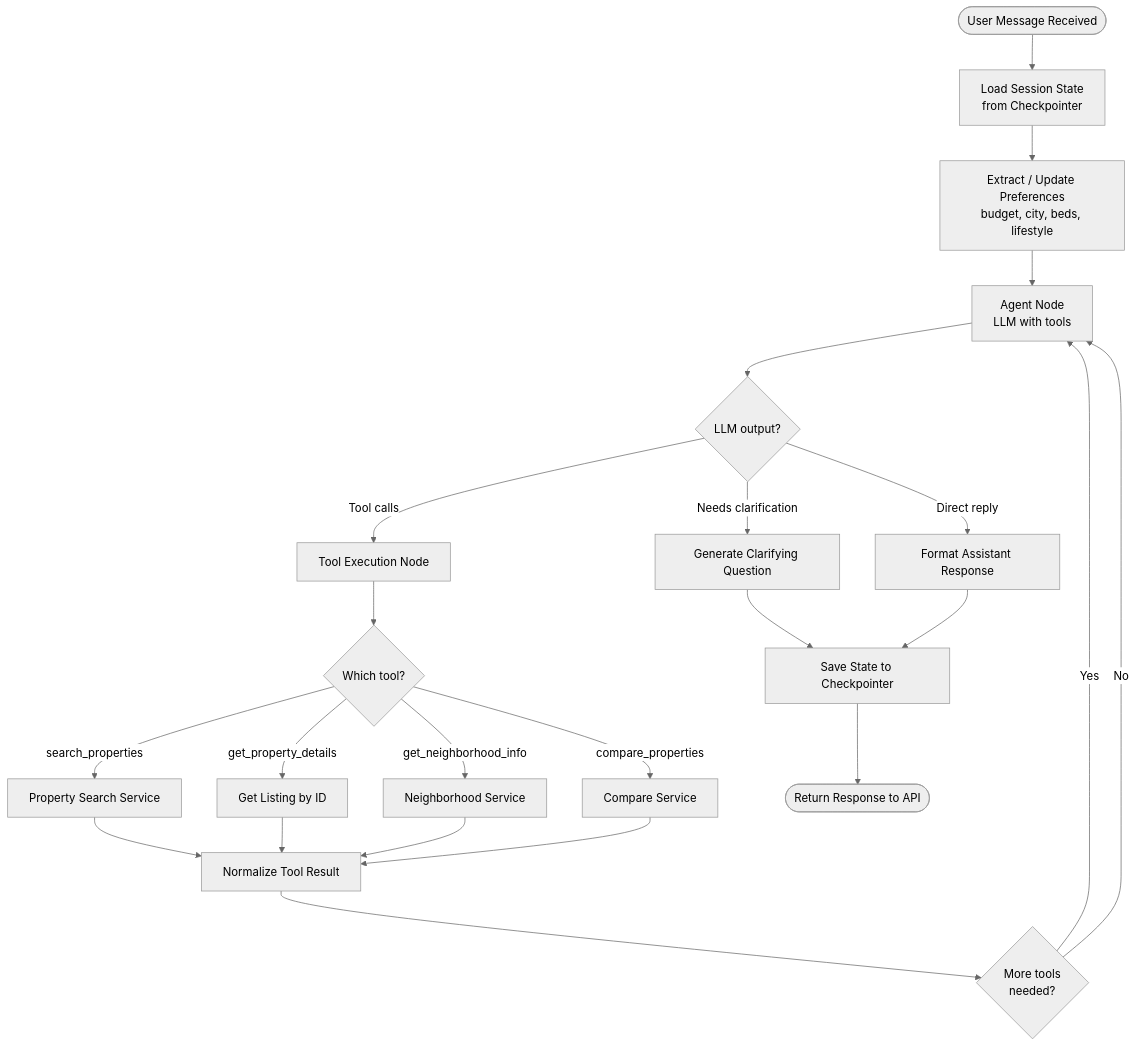
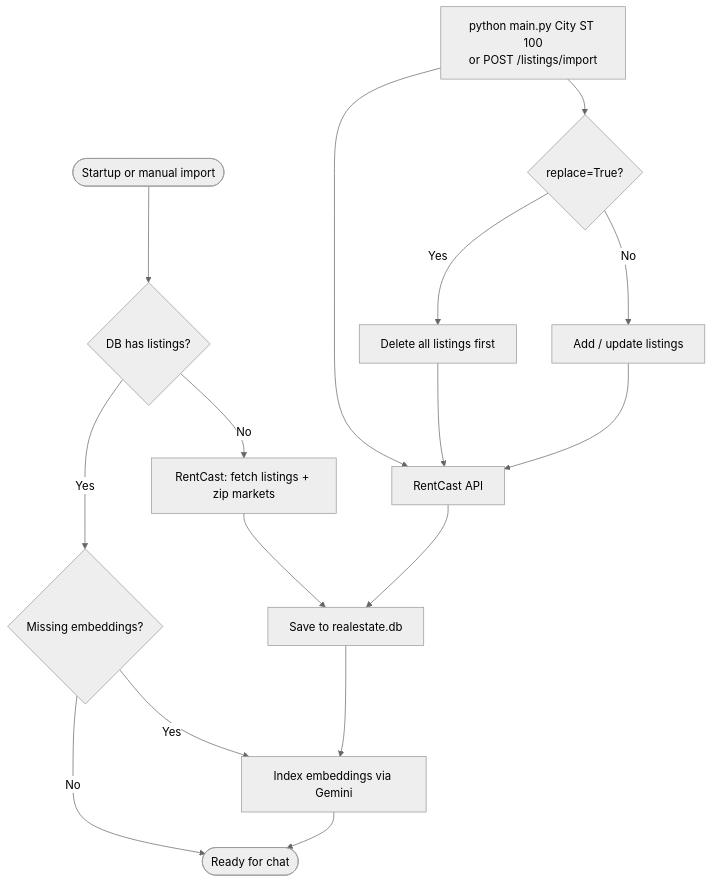
The fourth of 8 diagrams in PROCESS_DIAGRAMS.md (RushiIITKGP/realestate_agent), drawn with Mermaid (neutral theme) before and after one commit. The commit also changed other lines of this file, not shown here.

Commit message:
Update PROCESS_DIAGRAMS.md for current flat architecture

````diff
--- a/PROCESS_DIAGRAMS.md
+++ b/PROCESS_DIAGRAMS.md
@@ -137,35 +136,21 @@
 ```mermaid
 flowchart TD
-    Start([User Message Received]) --> LoadState[Load Session State<br/>from Checkpointer]
+    Start([Startup or manual import]) --> Empty{DB has listings?}
+    Empty -->|No| Auto[RentCast: fetch listings + zip markets]
+    Empty -->|Yes| Missing{Missing embeddings?}
+    Missing -->|Yes| Embed[Index embeddings via Gemini]
+    Missing -->|No| Ready([Ready for chat])
+    Auto --> Save[Save to realestate.db]
+    Save --> Embed
+    Embed --> Ready
 
-    LoadState --> ParsePrefs[Extract / Update Preferences<br/>budget, city, beds, lifestyle]
+    Manual[python main.py City ST 100<br/>or POST /listings/import] --> RC[RentCast API]
+    RC --> Save
 
-    ParsePrefs --> AgentNode[Agent Node<br/>LLM with tools]
-
-    AgentNode --> Decision{LLM output?}
-
-    Decision -->|Tool calls| ToolNode[Tool Execution Node]
-    Decision -->|Direct reply| FormatReply[Format Assistant Response]
-    Decision -->|Needs clarification| AskUser[Generate Clarifying Question]
-
-    ToolNode --> ToolType{Which tool?}
-
-    ToolType -->|search_properties| Search[Property Search Service]
-    ToolType -->|get_property_details| Details[Get Listing by ID]
-    ToolType -->|get_neighborhood_info| Hood[Neighborhood Service]
-    ToolType -->|compare_properties| Compare[Compare Service]
-
-    Search --> ToolResult[Normalize Tool Result]
-    Details --> ToolResult
-    Hood --> ToolResult
-    Compare --> ToolResult
-
-    ToolResult --> MoreTools{More tools<br/>needed?}
-    MoreTools -->|Yes| AgentNode
-    MoreTools -->|No| AgentNode
-
-    AskUser --> SaveState[Save State to Checkpointer]
-    FormatReply --> SaveState
-
-    SaveState --> End([Return Response to API])
+    Replace{replace=True?}
+    Manual --> Replace
+    Replace -->|Yes| Wipe[Delete all listings first]
+    Replace -->|No| Merge[Add / update listings]
+    Wipe --> RC
+    Merge --> RC
 ```
````
